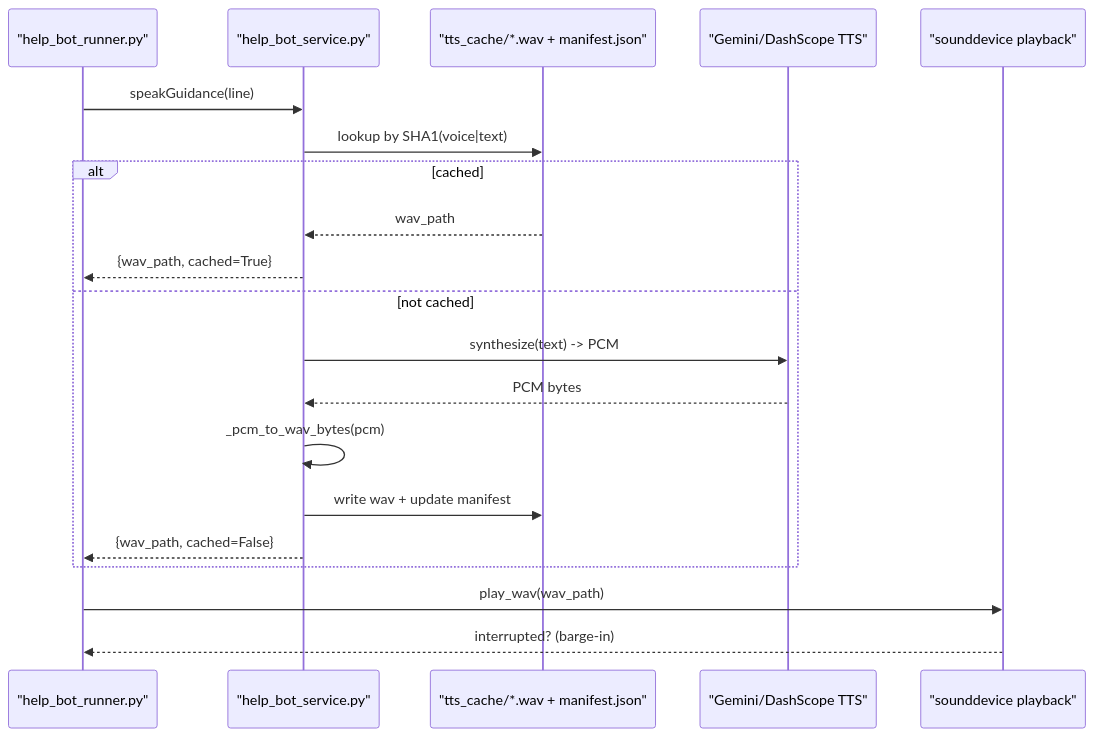
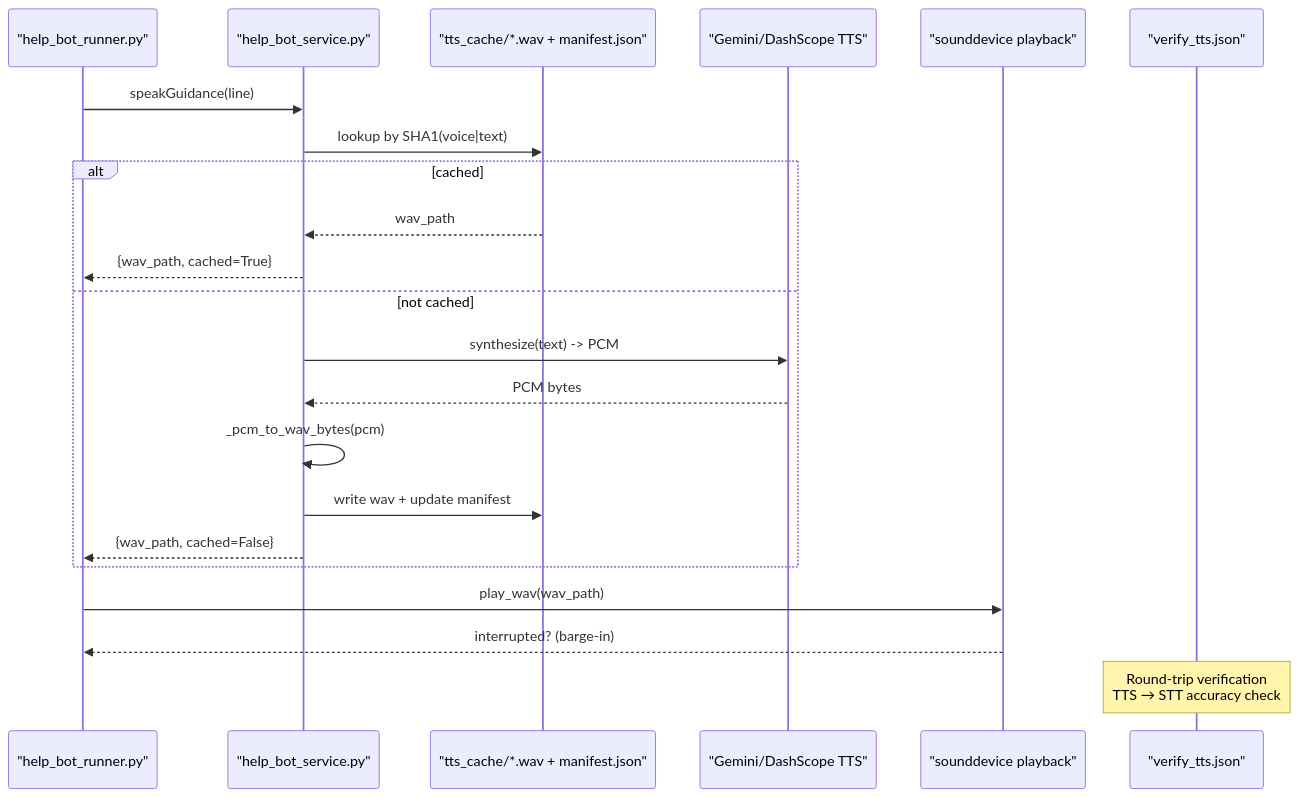
The second of 9 diagrams in .qoder/repowiki/en/content/Responder Help Bot/Text-to-Speech & Audio Playback.md (M-Rumman/LifeLine-Ride), drawn with Mermaid before and after one commit. The commit also changed other lines of this file and 4121 other files, not shown here.

````diff
--- a/.qoder/repowiki/en/content/Responder Help Bot/Text-to-Speech & Audio Playback.md
+++ b/.qoder/repowiki/en/content/Responder Help Bot/Text-to-Speech & Audio Playback.md
@@ -94,22 +113,24 @@
 ```mermaid
 sequenceDiagram
 participant Runner as "help_bot_runner.py"
 participant Service as "help_bot_service.py"
 participant Cache as "tts_cache/*.wav + manifest.json"
 participant Provider as "Gemini/DashScope TTS"
 participant Player as "sounddevice playback"
+participant Verify as "verify_tts.json"
 Runner->>Service : speakGuidance(line)
 Service->>Cache : lookup by SHA1(voice|text)
 alt cached
 Cache-->>Service : wav_path
 Service-->>Runner : {wav_path, cached=True}
 else not cached
 Service->>Provider : synthesize(text) -> PCM
 Provider-->>Service : PCM bytes
 Service->>Service : _pcm_to_wav_bytes(pcm)
 Service->>Cache : write wav + update manifest
 Service-->>Runner : {wav_path, cached=False}
 end
 Runner->>Player : play_wav(wav_path)
 Player-->>Runner : interrupted? (barge-in)
+Note over Verify : Round-trip verification<br/>TTS → STT accuracy check
 ```
````
